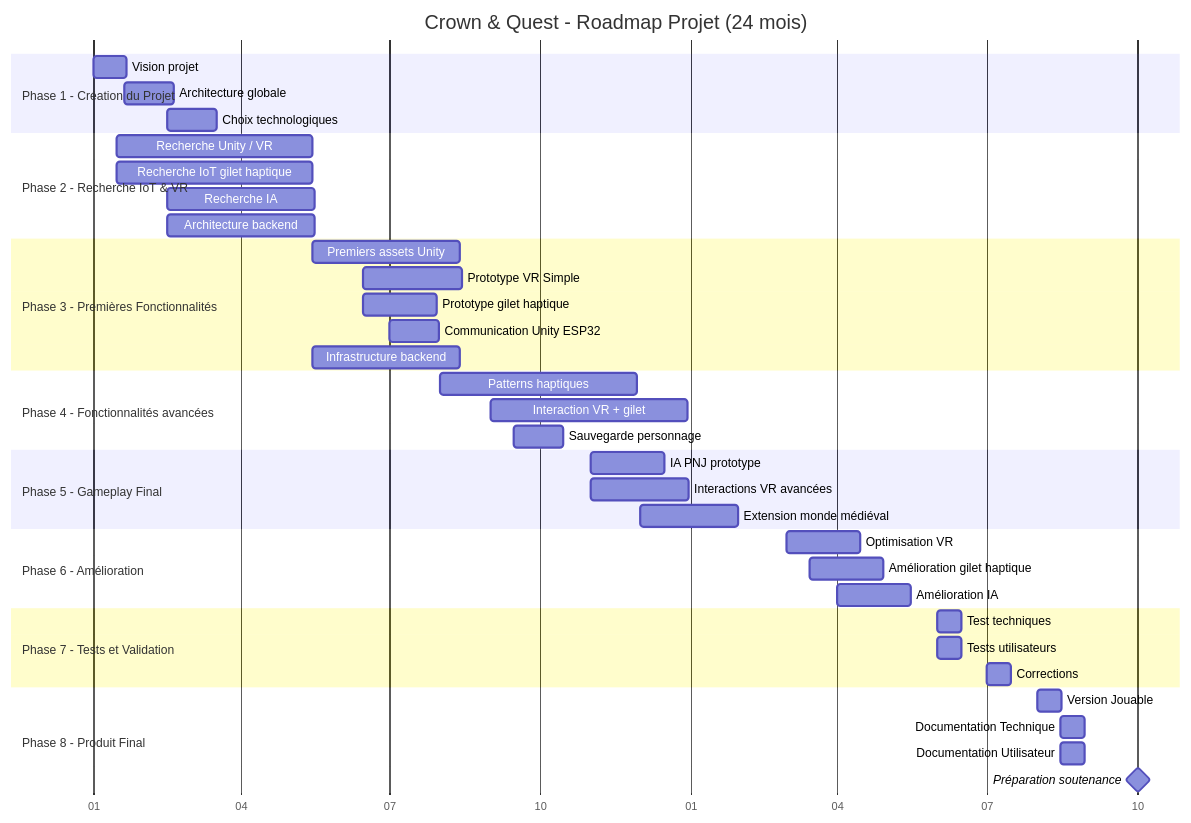
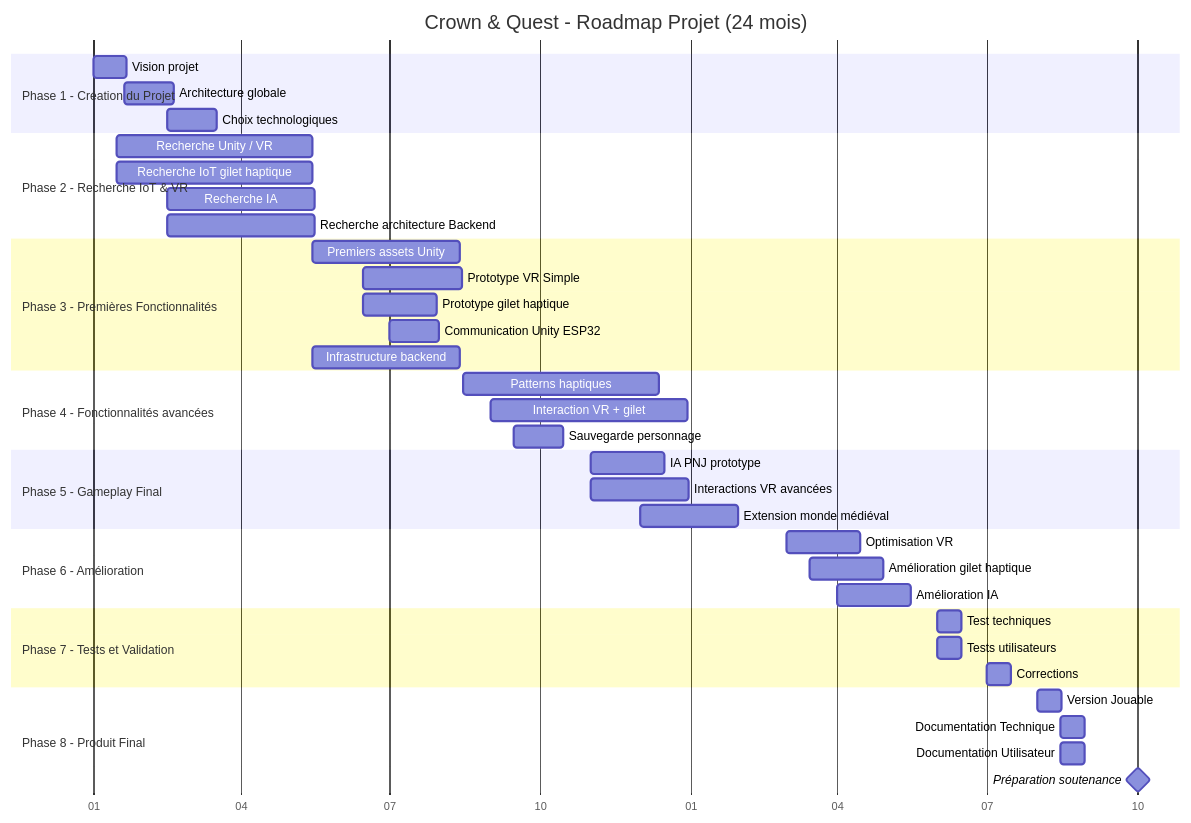
The diagram in docs/Architecture/gantt.md (Crown-Quest/docs), drawn with Mermaid before and after one commit.

Commit message:
doc(gantt): corriger la description de l'architecture backend et ajuster la date des patterns haptiques

````diff
--- a/docs/Architecture/gantt.md
+++ b/docs/Architecture/gantt.md
@@ -1,50 +1,50 @@
 ```mermaid
 gantt
 title Crown & Quest - Roadmap Projet (24 mois)
 dateFormat YYYY-MM-DD
 axisFormat %m
 
 section Phase 1 - Création du Projet
 Vision projet :p1a, 2026-01-01, 20d
 Architecture globale :p1b, 2026-01-20, 30d
 Choix technologiques :p1c, 2026-02-15, 30d
 
 section Phase 2 - Recherche IoT & VR
 Recherche Unity / VR :p2a, 2026-01-15, 120d
 Recherche IoT gilet haptique :p2b, 2026-01-15, 120d
 Recherche IA :p2c, 2026-02-15, 90d
-Architecture backend :p2d, 2026-02-15, 90d
+Recherche architecture Backend :p2d, 2026-02-15, 90d
 
 section Phase 3 - Premières Fonctionnalités
 Premiers assets Unity :p3a, 2026-05-15, 90d
 Prototype VR Simple :p3b, 2026-06-15, 60d
 Prototype gilet haptique :p3c, 2026-06-15, 45d
 Communication Unity ESP32 :p3d, 2026-07-01, 30d
 Infrastructure backend :p3e, 2026-05-15, 90d
 
 section Phase 4 - Fonctionnalités avancées
-Patterns haptiques :p4a, 2026-08-01, 120d
+Patterns haptiques :p4a, 2026-08-15, 120d
 Interaction VR + gilet :p4b, 2026-09-01, 120d
 Sauvegarde personnage :p4c, 2026-09-15, 30d
 
 section Phase 5 - Gameplay Final
 IA PNJ prototype :p5a, 2026-11-01, 45d
 Interactions VR avancées :p5b, 2026-11-01, 60d
 Extension monde médiéval :p5c, 2026-12-01, 60d
 
 section Phase 6 - Amélioration
 Optimisation VR :p6a, 2027-03-01, 45d
 Amélioration gilet haptique :p6b, 2027-03-15, 45d
 Amélioration IA :p6c, 2027-04-01, 45d
 
 section Phase 7 - Tests et Validation
 Test techniques: p7a,2027-06-01, 15d
 Tests utilisateurs :p7b, 2027-06-01, 15d
 Corrections :p7c, 2027-07-01, 15d
 
 section Phase 8 - Produit Final
 Version Jouable :p8a, 2027-08-01, 15d
 Documentation Technique :p8b, 2027-08-15, 15d
 Documentation Utilisateur :p8c, 2027-08-15, 15d
 Préparation soutenance :milestone, 2027-10-01, 1d
 ```
````
